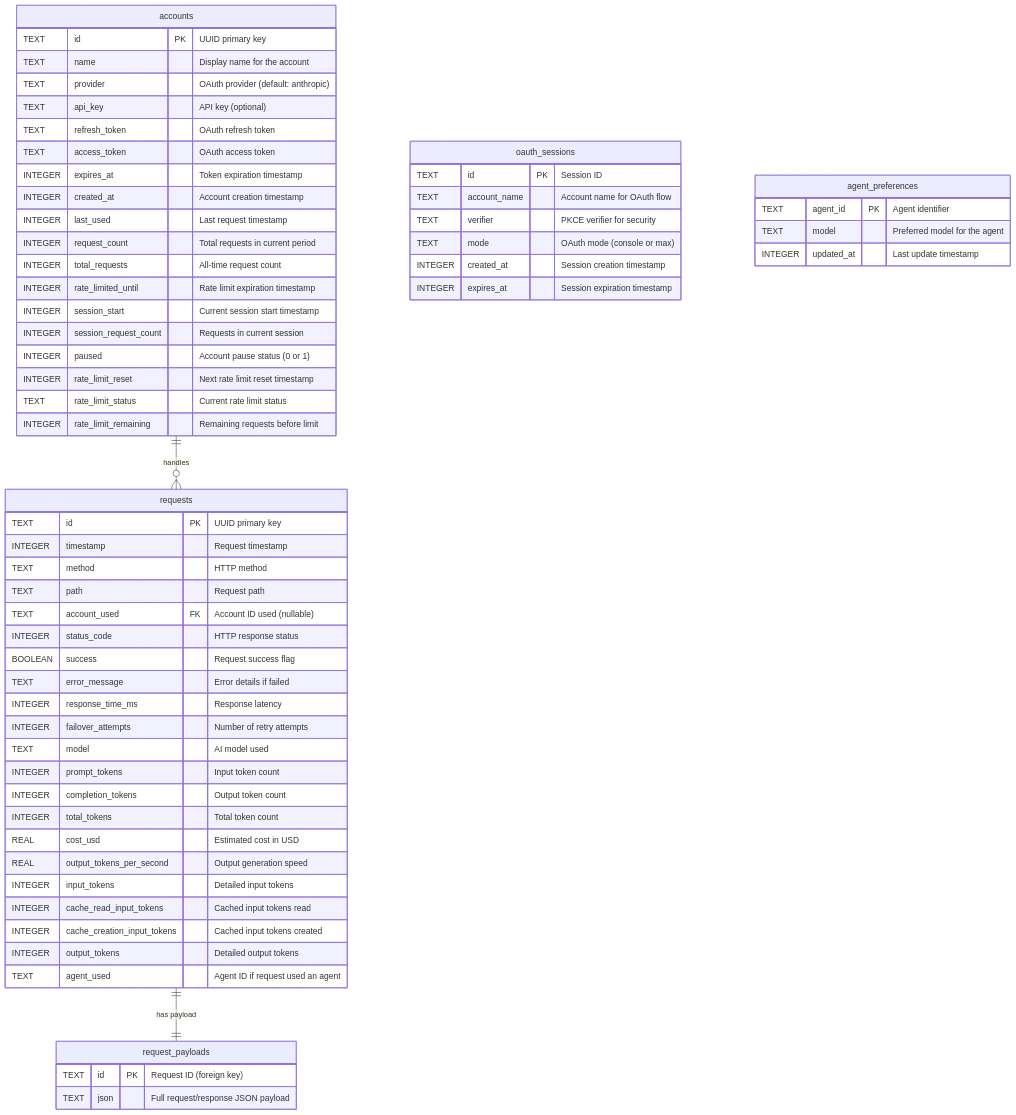
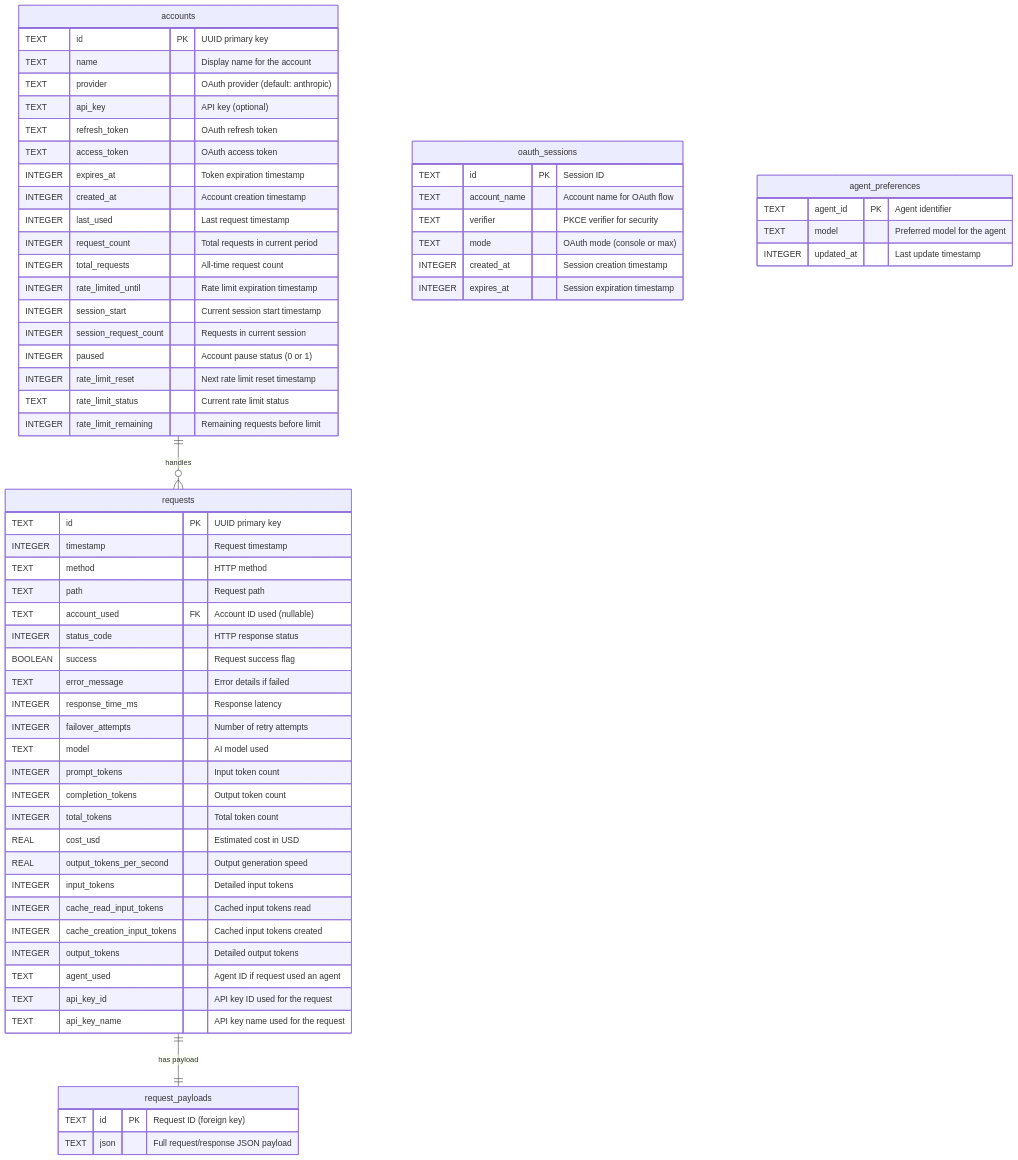
The diagram in docs/database.md (tombii/better-ccflare), drawn with Mermaid before and after one commit. The commit also changed other lines of this file and 3 other files, not shown here.

First line of the commit message:
docs: update documentation for API key filtering feature

````diff
--- a/docs/database.md
+++ b/docs/database.md
@@ -20,70 +20,72 @@
 ```mermaid
 erDiagram
     accounts {
         TEXT id PK "UUID primary key"
         TEXT name "Display name for the account"
         TEXT provider "OAuth provider (default: anthropic)"
         TEXT api_key "API key (optional)"
         TEXT refresh_token "OAuth refresh token"
         TEXT access_token "OAuth access token"
         INTEGER expires_at "Token expiration timestamp"
         INTEGER created_at "Account creation timestamp"
         INTEGER last_used "Last request timestamp"
         INTEGER request_count "Total requests in current period"
         INTEGER total_requests "All-time request count"
         INTEGER rate_limited_until "Rate limit expiration timestamp"
         INTEGER session_start "Current session start timestamp"
         INTEGER session_request_count "Requests in current session"
         INTEGER paused "Account pause status (0 or 1)"
         INTEGER rate_limit_reset "Next rate limit reset timestamp"
         TEXT rate_limit_status "Current rate limit status"
         INTEGER rate_limit_remaining "Remaining requests before limit"
     }
     
     requests {
         TEXT id PK "UUID primary key"
         INTEGER timestamp "Request timestamp"
         TEXT method "HTTP method"
         TEXT path "Request path"
         TEXT account_used FK "Account ID used (nullable)"
         INTEGER status_code "HTTP response status"
         BOOLEAN success "Request success flag"
         TEXT error_message "Error details if failed"
         INTEGER response_time_ms "Response latency"
         INTEGER failover_attempts "Number of retry attempts"
         TEXT model "AI model used"
         INTEGER prompt_tokens "Input token count"
         INTEGER completion_tokens "Output token count"
         INTEGER total_tokens "Total token count"
         REAL cost_usd "Estimated cost in USD"
         REAL output_tokens_per_second "Output generation speed"
         INTEGER input_tokens "Detailed input tokens"
         INTEGER cache_read_input_tokens "Cached input tokens read"
         INTEGER cache_creation_input_tokens "Cached input tokens created"
         INTEGER output_tokens "Detailed output tokens"
         TEXT agent_used "Agent ID if request used an agent"
+        TEXT api_key_id "API key ID used for the request"
+        TEXT api_key_name "API key name used for the request"
     }
     
     request_payloads {
         TEXT id PK "Request ID (foreign key)"
         TEXT json "Full request/response JSON payload"
     }
     
     oauth_sessions {
         TEXT id PK "Session ID"
         TEXT account_name "Account name for OAuth flow"
         TEXT verifier "PKCE verifier for security"
         TEXT mode "OAuth mode (console or max)"
         INTEGER created_at "Session creation timestamp"
         INTEGER expires_at "Session expiration timestamp"
     }
     
     agent_preferences {
         TEXT agent_id PK "Agent identifier"
         TEXT model "Preferred model for the agent"
         INTEGER updated_at "Last update timestamp"
     }
     
     accounts ||--o{ requests : "handles"
     requests ||--|| request_payloads : "has payload"
 ```
````
